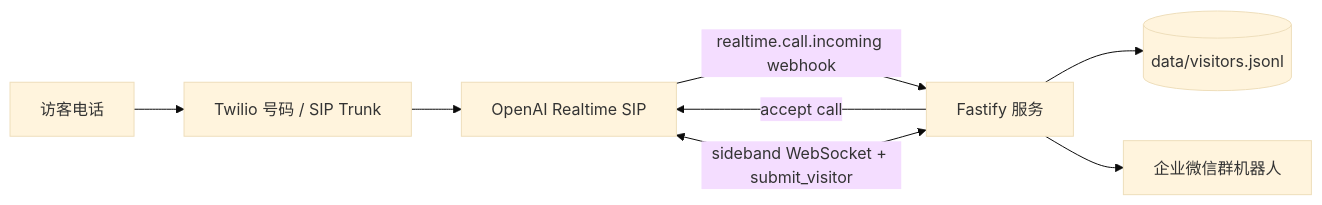
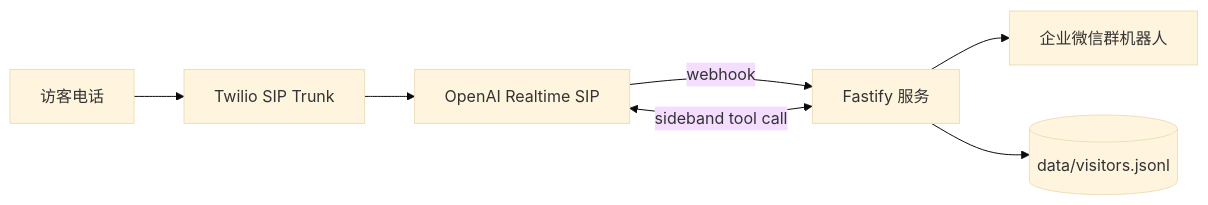
Before and after one commit to alpacaknight25/Smart-Doorman-Demo: the diagram in README.md, drawn with Mermaid (base theme). The commit also changed other lines of this file and 1 other file, not shown here.

````diff
--- a/README.md
+++ b/README.md
@@ -5,10 +5,9 @@
 ```mermaid
 flowchart LR
-  Caller[访客电话] --> Twilio[Twilio 号码 / SIP Trunk]
+  Phone[访客电话] --> Twilio[Twilio SIP Trunk]
   Twilio --> OpenAI[OpenAI Realtime SIP]
-  OpenAI -->|realtime.call.incoming webhook| App[Fastify 服务]
-  App -->|accept call| OpenAI
-  App <-->|sideband WebSocket + submit_visitor| OpenAI
-  App --> Store[(data/visitors.jsonl)]
+  OpenAI -->|webhook| App[Fastify 服务]
+  App <-->|sideband tool call| OpenAI
   App --> WeCom[企业微信群机器人]
+  App --> Log[(data/visitors.jsonl)]
 ```
````
